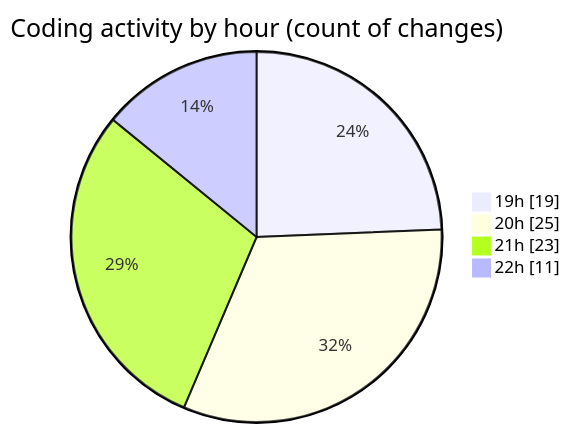
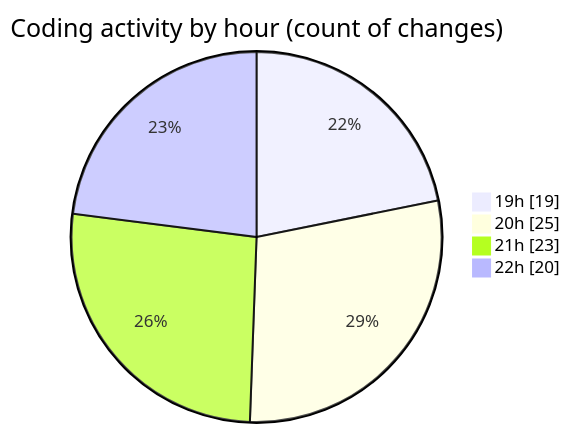
Before and after one commit to momahboobian/code-tracking: the second of 2 diagrams in 2025-05-12/news-clock-system-caspercg/README.md, drawn with Mermaid. The commit also changed other lines of this file and 1 other file, not shown here.

````diff
--- a/2025-05-12/news-clock-system-caspercg/README.md
+++ b/2025-05-12/news-clock-system-caspercg/README.md
@@ -44,8 +44,8 @@
 ```mermaid
 pie showData
 title Coding activity by hour (count of changes)
 "19h" : 19
 "20h" : 25
 "21h" : 23
-"22h" : 11
+"22h" : 20
 ```
````
